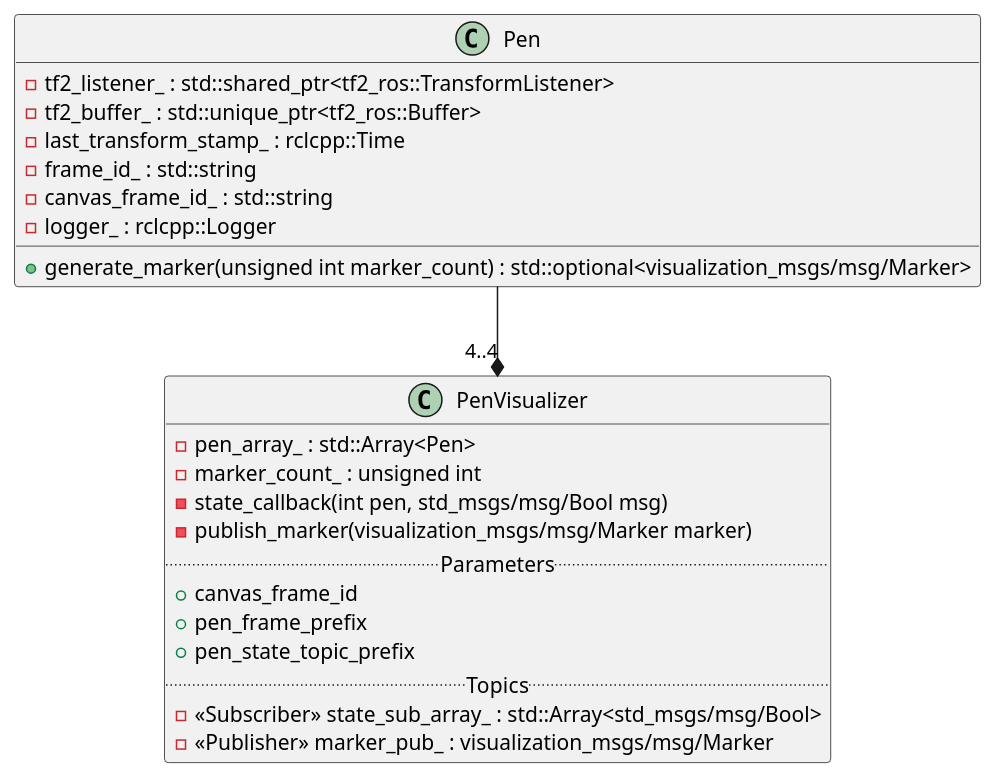
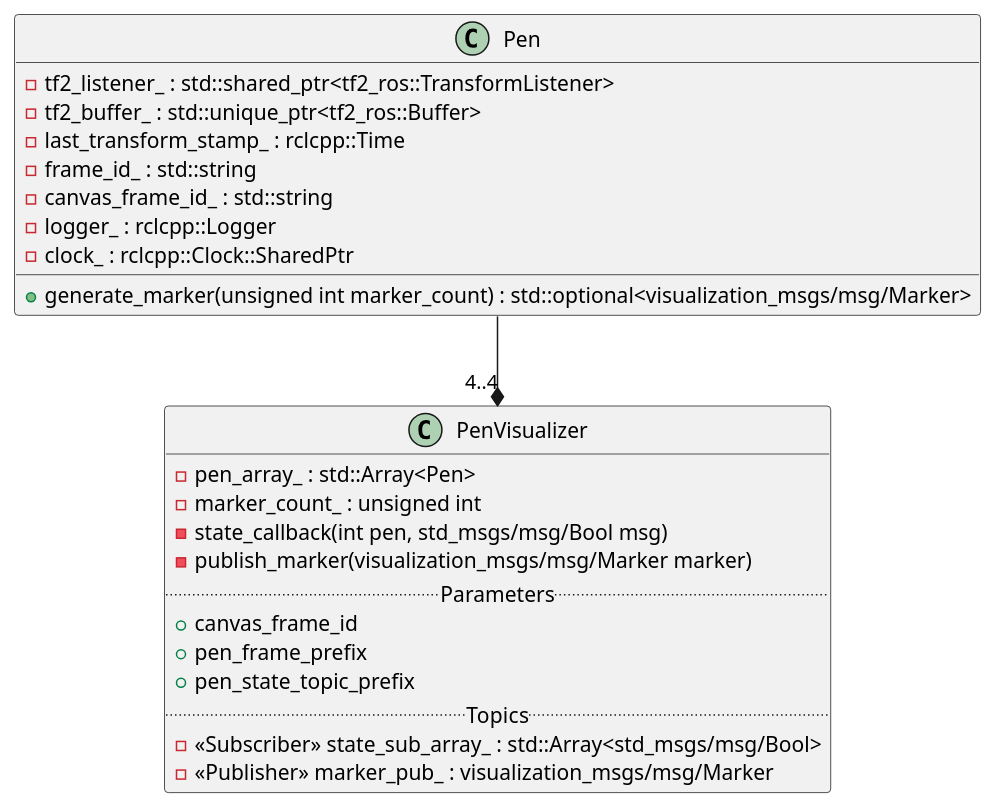
One commit to zbrotherton/RRC-RAI-ROS2 changed the first of 2 diagrams in docs/puml/pen_visualizer.puml. Above: the diagram before and after it, drawn with PlantUML. The commit also changed 4 other files, not shown here.

```diff
--- a/docs/puml/pen_visualizer.puml
+++ b/docs/puml/pen_visualizer.puml
@@ -1,28 +1,29 @@
 @startuml PenVisualizerClass
 
 class Pen{
     -tf2_listener_ : std::shared_ptr<tf2_ros::TransformListener>
     -tf2_buffer_ : std::unique_ptr<tf2_ros::Buffer>
     -last_transform_stamp_ : rclcpp::Time 
     -frame_id_ : std::string
     -canvas_frame_id_ : std::string
     -logger_ : rclcpp::Logger
+    -clock_ : rclcpp::Clock::SharedPtr
     +generate_marker(unsigned int marker_count) : std::optional<visualization_msgs/msg/Marker>
 }
 
 class PenVisualizer{
     -pen_array_ : std::Array<Pen>
     -marker_count_ : unsigned int
     -state_callback(int pen, std_msgs/msg/Bool msg)
     -publish_marker(visualization_msgs/msg/Marker marker)
     .. Parameters ..
     +canvas_frame_id
     +pen_frame_prefix
     +pen_state_topic_prefix
     .. Topics ..
     -<<Subscriber>> state_sub_array_ : std::Array<std_msgs/msg/Bool>
     -<<Publisher>> marker_pub_ : visualization_msgs/msg/Marker
 }
 
 Pen --* "4..4" PenVisualizer
 @enduml
```
